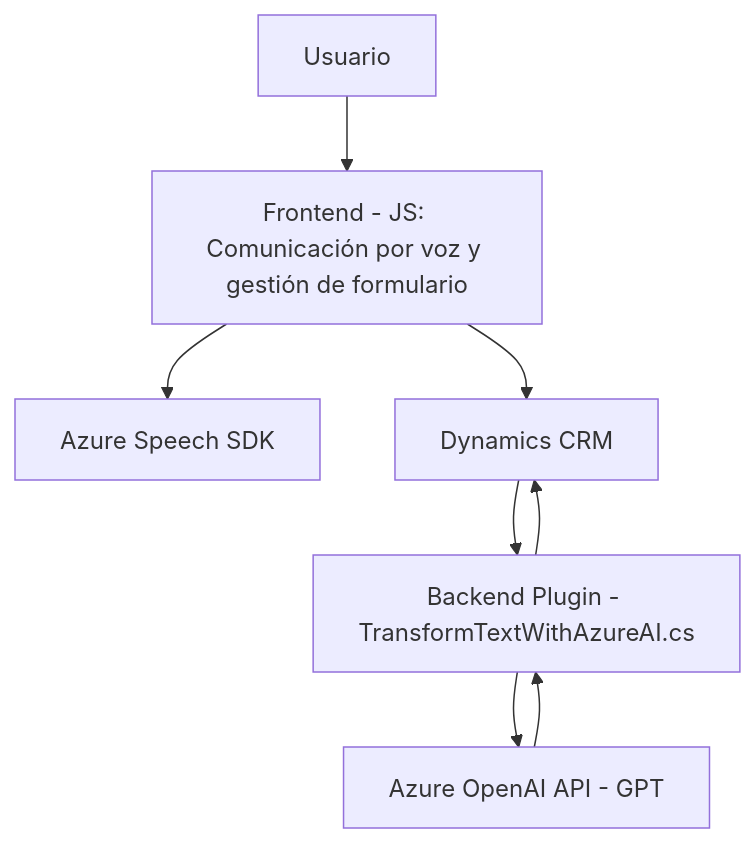
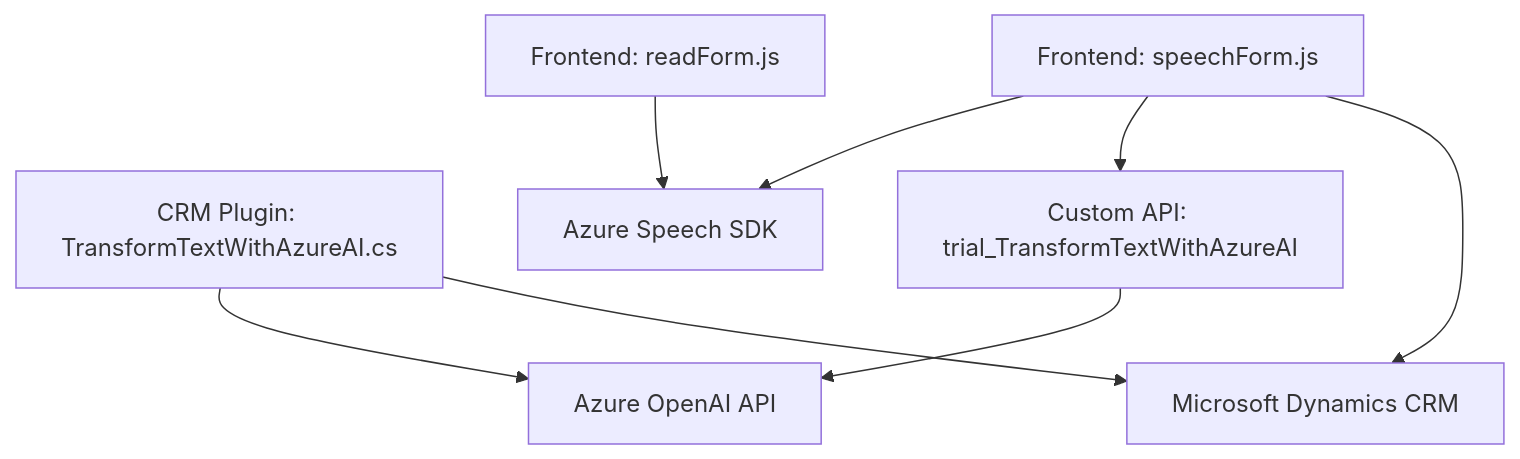
Before and after one commit to blopezdm/NETCORE_BILBAO2025: the diagram in README.md, drawn with Mermaid. The commit also changed other lines of this file, not shown here.

````diff
--- a/README.md
+++ b/README.md
@@ -38,17 +31,18 @@
 ```mermaid
 graph TD
-    A["Usuario"]
-    B["Frontend - JS: Comunicación por voz y gestión de formulario"]
-    C["Azure Speech SDK"]
-    D["Backend Plugin - TransformTextWithAzureAI.cs"]
-    E["Azure OpenAI API - GPT"]
-    F["Dynamics CRM"]
-
-    A --> B
-    B --> C
-    B --> F
-    F --> D
-    D --> E
-    E --> D
-    D --> F
+  A["Frontend: readForm.js"]
+  B["Frontend: speechForm.js"]
+  C["CRM Plugin: TransformTextWithAzureAI.cs"]
+  D[Azure Speech SDK]
+  E["Microsoft Dynamics CRM"]
+  F[Azure OpenAI API]
+  G["Custom API: trial_TransformTextWithAzureAI"]
+  
+  A --> D
+  B --> D
+  B --> G
+  B --> E
+  G --> F
+  C --> F
+  C --> E
 ```
````
